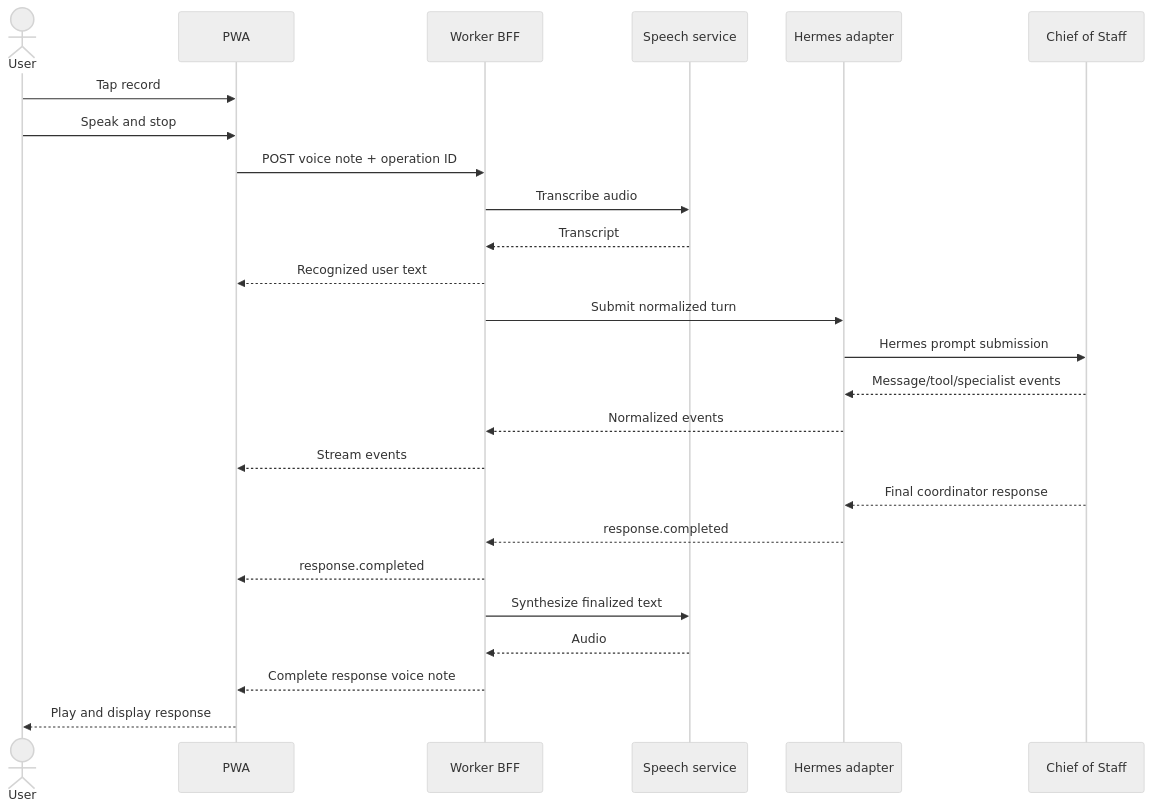
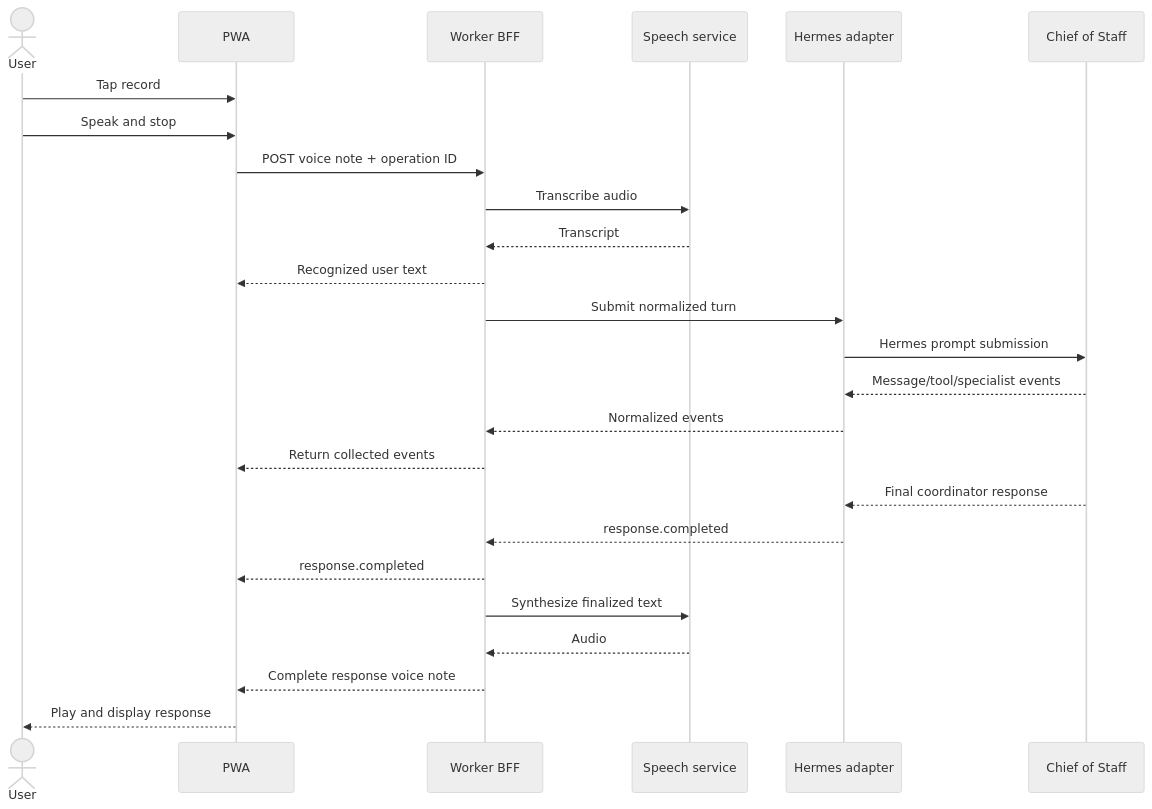
Before and after one commit to cd-slash/stts: the diagram in docs/communication-flow.md, drawn with Mermaid (neutral theme). The commit also changed other lines of this file and 13 other files, not shown here.

````diff
--- a/docs/communication-flow.md
+++ b/docs/communication-flow.md
@@ -11,28 +11,28 @@
 ```mermaid
 sequenceDiagram
     actor U as User
     participant P as PWA
     participant B as Worker BFF
     participant S as Speech service
     participant H as Hermes adapter
     participant C as Chief of Staff
 
     U->>P: Tap record
     U->>P: Speak and stop
     P->>B: POST voice note + operation ID
     B->>S: Transcribe audio
     S-->>B: Transcript
     B-->>P: Recognized user text
     B->>H: Submit normalized turn
     H->>C: Hermes prompt submission
     C-->>H: Message/tool/specialist events
     H-->>B: Normalized events
-    B-->>P: Stream events
+    B-->>P: Return collected events
     C-->>H: Final coordinator response
     H-->>B: response.completed
     B-->>P: response.completed
     B->>S: Synthesize finalized text
     S-->>B: Audio
     B-->>P: Complete response voice note
     P-->>U: Play and display response
 ```
````
